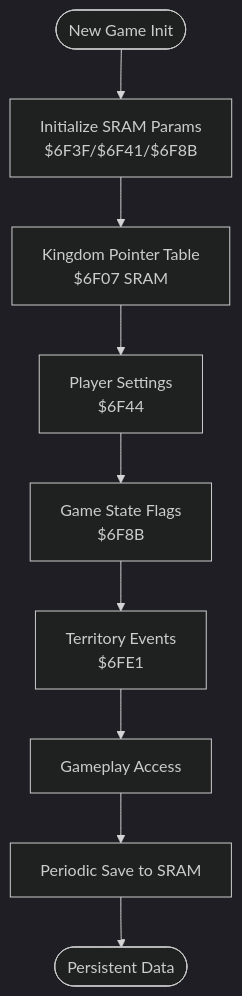
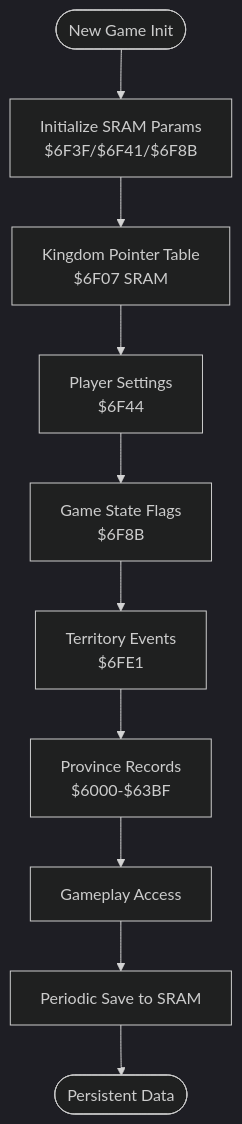
One commit to rabbyzero/sango2dasm changed the fifth of 15 diagrams in .qoder/repowiki/en/content/Data Access and Memory Management/Data Access and Memory Management.md. Above: the diagram before and after it, drawn with Mermaid (dark theme). The commit also changed other lines of this file and 7 other files, not shown here.

````diff
--- a/.qoder/repowiki/en/content/Data Access and Memory Management/Data Access and Memory Management.md
+++ b/.qoder/repowiki/en/content/Data Access and Memory Management/Data Access and Memory Management.md
@@ -288,11 +316,12 @@
 ```mermaid
 flowchart TD
 Start(["New Game Init"]) --> SRAMInit["Initialize SRAM Params<br/>$6F3F/$6F41/$6F8B"]
 SRAMInit --> KingdomPtrs["Kingdom Pointer Table<br/>$6F07 SRAM"]
 KingdomPtrs --> PlayerSettings["Player Settings<br/>$6F44"]
 PlayerSettings --> GameState["Game State Flags<br/>$6F8B"]
 GameState --> TerritoryEvents["Territory Events<br/>$6FE1"]
-TerritoryEvents --> Play["Gameplay Access"]
+TerritoryEvents --> ProvinceData["Province Records<br/>$6000-$63BF"]
+ProvinceData --> Play["Gameplay Access"]
 Play --> Save["Periodic Save to SRAM"]
 Save --> End(["Persistent Data"])
 ```
````
